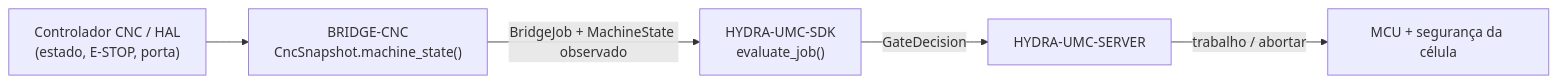
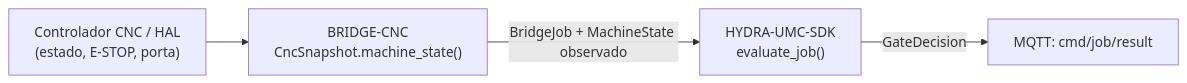
One commit to JuanenRac/HYDRA-UMC-BRIDGE-CNC changed the diagram in README_por.md. Above: the diagram before and after it, drawn with Mermaid. The commit also changed other lines of this file and 22 other files, not shown here.

````diff
--- a/README_por.md
+++ b/README_por.md
@@ -49,7 +50,6 @@
 ```mermaid
 flowchart LR
     CNC["Controlador CNC / HAL<br/>(estado, E-STOP, porta)"] --> BRIDGE["BRIDGE-CNC<br/>CncSnapshot.machine_state()"]
     BRIDGE -- "BridgeJob + MachineState observado" --> SDK["HYDRA-UMC-SDK<br/>evaluate_job()"]
-    SDK -- GateDecision --> SERVER["HYDRA-UMC-SERVER"]
-    SERVER -- "trabalho / abortar" --> MCU["MCU + segurança da célula"]
+    SDK -- GateDecision --> RESULT["MQTT: cmd/job/result"]
 ```
````
